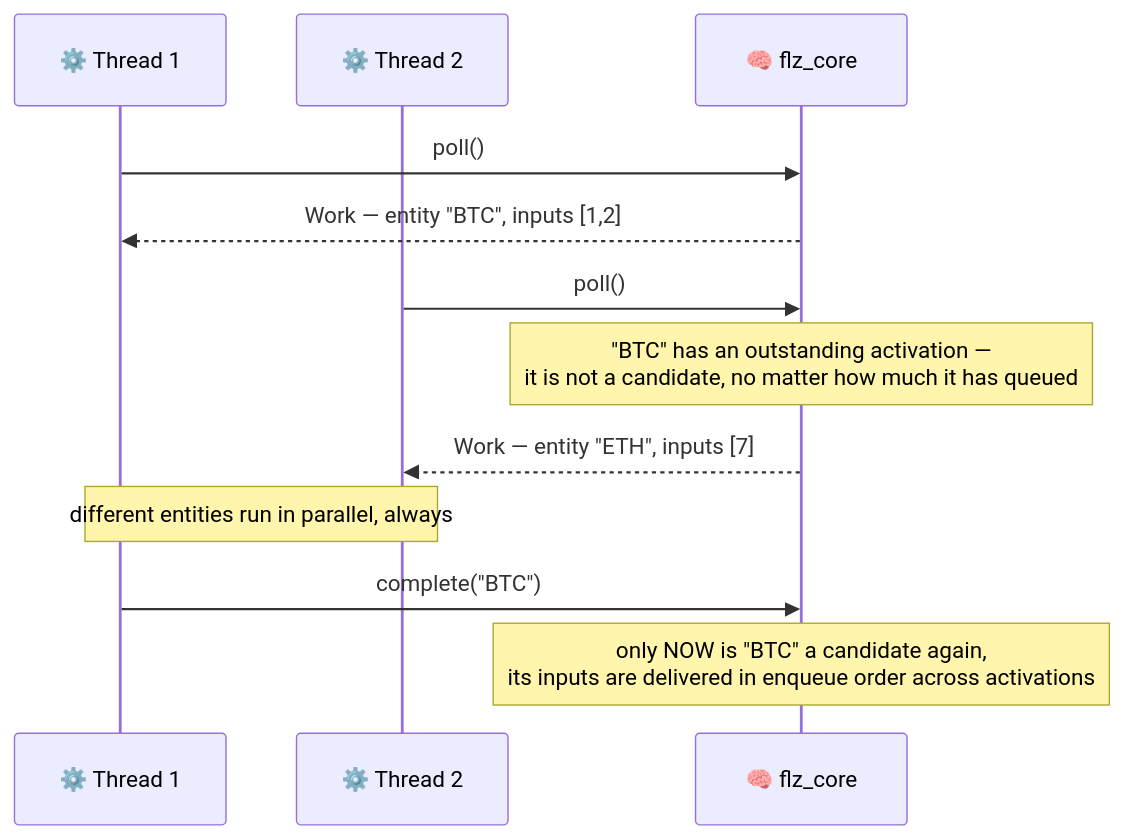
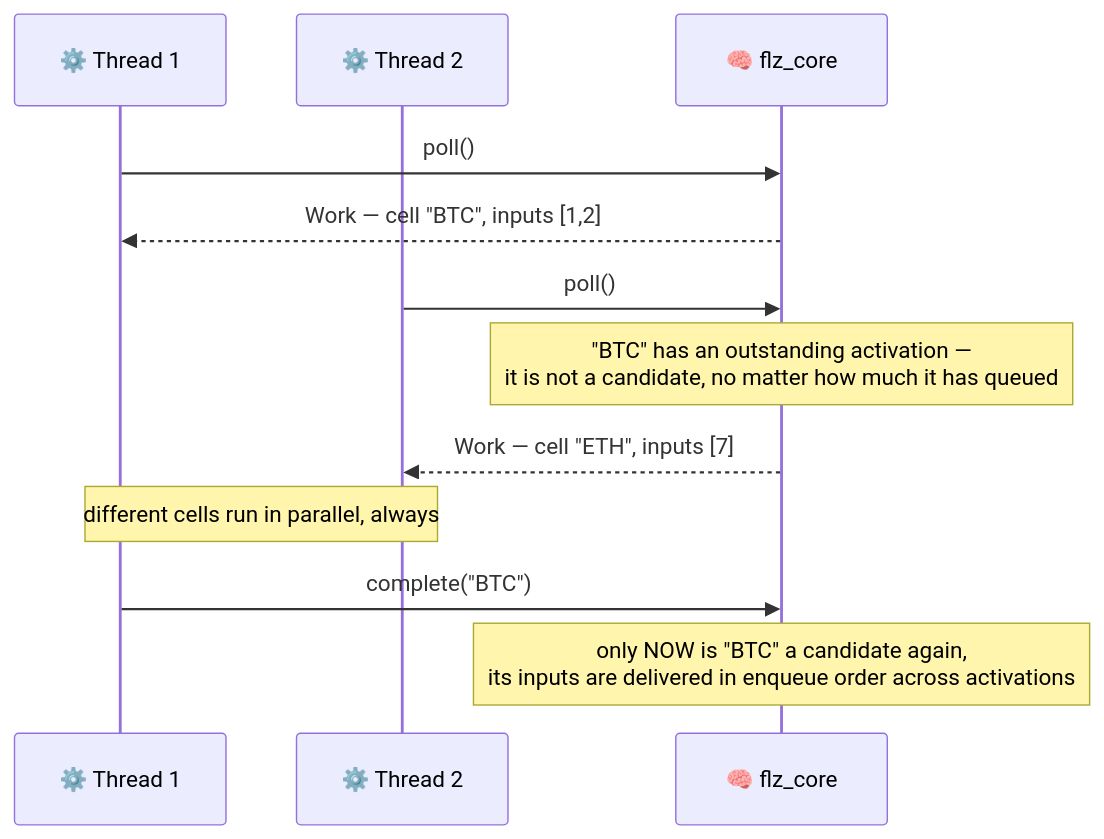
Before and after one commit to Flezha/flezha: the fifth of 8 diagrams in docs/architecture/runner.md, drawn with Mermaid. The commit also changed other lines of this file and 604 other files, not shown here.

First line of the commit message:
Rename Procedure to Tasklet and Entity to Cell

````diff
--- a/docs/architecture/runner.md
+++ b/docs/architecture/runner.md
@@ -203,15 +203,15 @@
 ```mermaid
 sequenceDiagram
     participant T1 as ⚙️ Thread 1
     participant T2 as ⚙️ Thread 2
     participant CORE as 🧠 flz_core
 
     T1->>CORE: poll()
-    CORE-->>T1: Work — entity "BTC", inputs [1,2]
+    CORE-->>T1: Work — cell "BTC", inputs [1,2]
     T2->>CORE: poll()
     Note over CORE: "BTC" has an outstanding activation —<br/>it is not a candidate, no matter how much it has queued
-    CORE-->>T2: Work — entity "ETH", inputs [7]
-    Note over T1,T2: different entities run in parallel, always
+    CORE-->>T2: Work — cell "ETH", inputs [7]
+    Note over T1,T2: different cells run in parallel, always
     T1->>CORE: complete("BTC")
     Note over CORE: only NOW is "BTC" a candidate again,<br/>its inputs are delivered in enqueue order across activations
 ```
````
